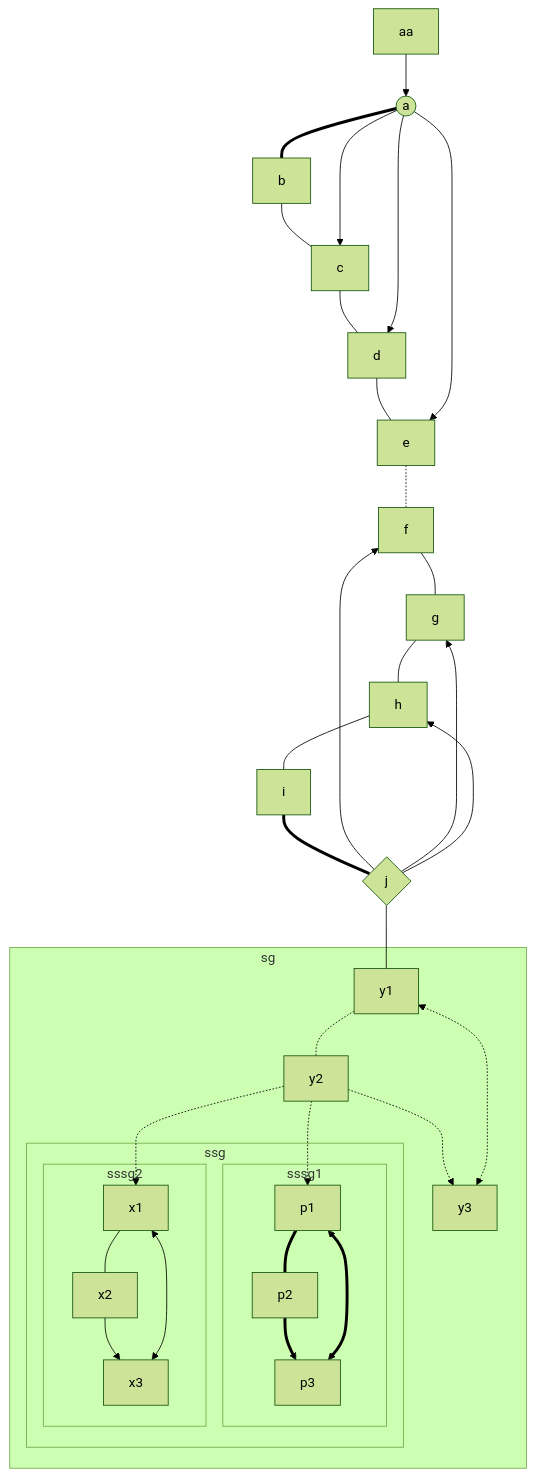
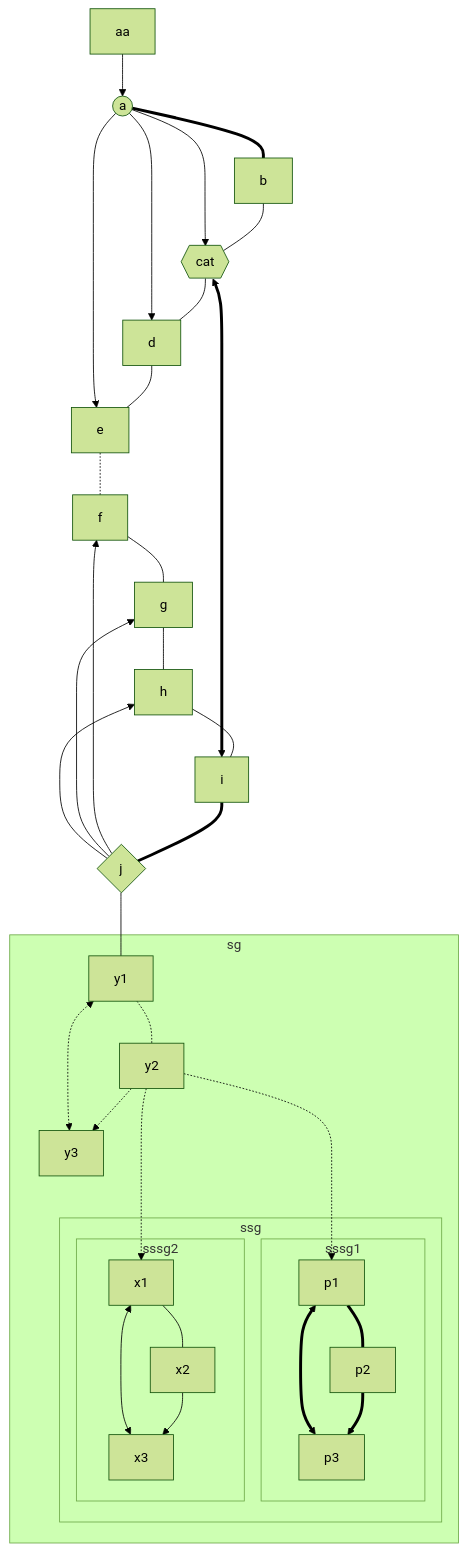
The diagram in src/mermaid-flowchart.md (bunnybones1/merrow), drawn with Mermaid (forest theme) before and after one commit. The commit also changed 5 other files, not shown here.

````diff
--- a/src/mermaid-flowchart.md
+++ b/src/mermaid-flowchart.md
@@ -2,28 +2,30 @@
 ```mermaid
 flowchart 
 a((a))
 j{j}
+c{{cat}}
 aa --> a === b --- c --- d --- e -.- f --- g --- h --- i === j
 
 a --> c
 a --> d
 a --> e
 j --> f
 j --> g
 j --> h
+c <==> i
 
 subgraph sg
 subgraph ssg
 subgraph sssg1
 p1 === p2 ==> p3 <==> p1
 end
 subgraph sssg2
 x1 --- x2 --> x3 <--> x1
 end
 end
 y1 -.- y2 -.-> y3 <-.-> y1
 end
 j --- y1
-y2 -.-> p1
-y2 -.-> x1
+y2 -..-> p1
+y2 -..-> x1
 ```
````
